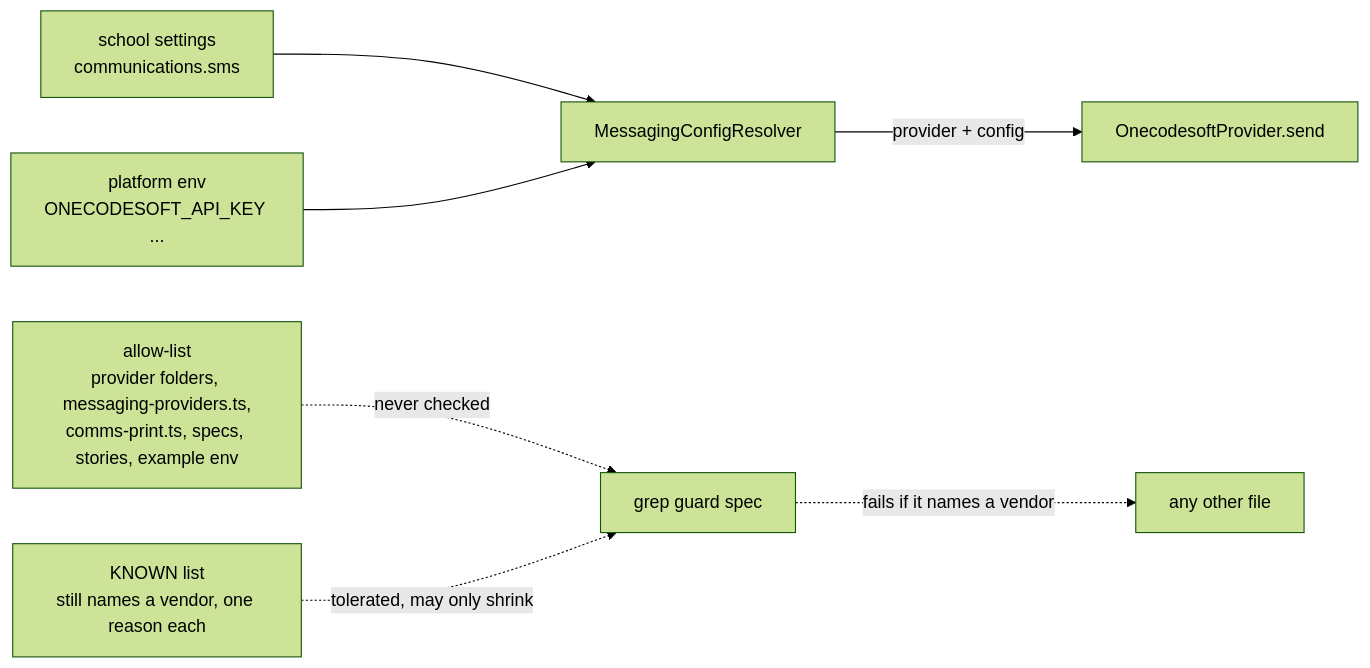
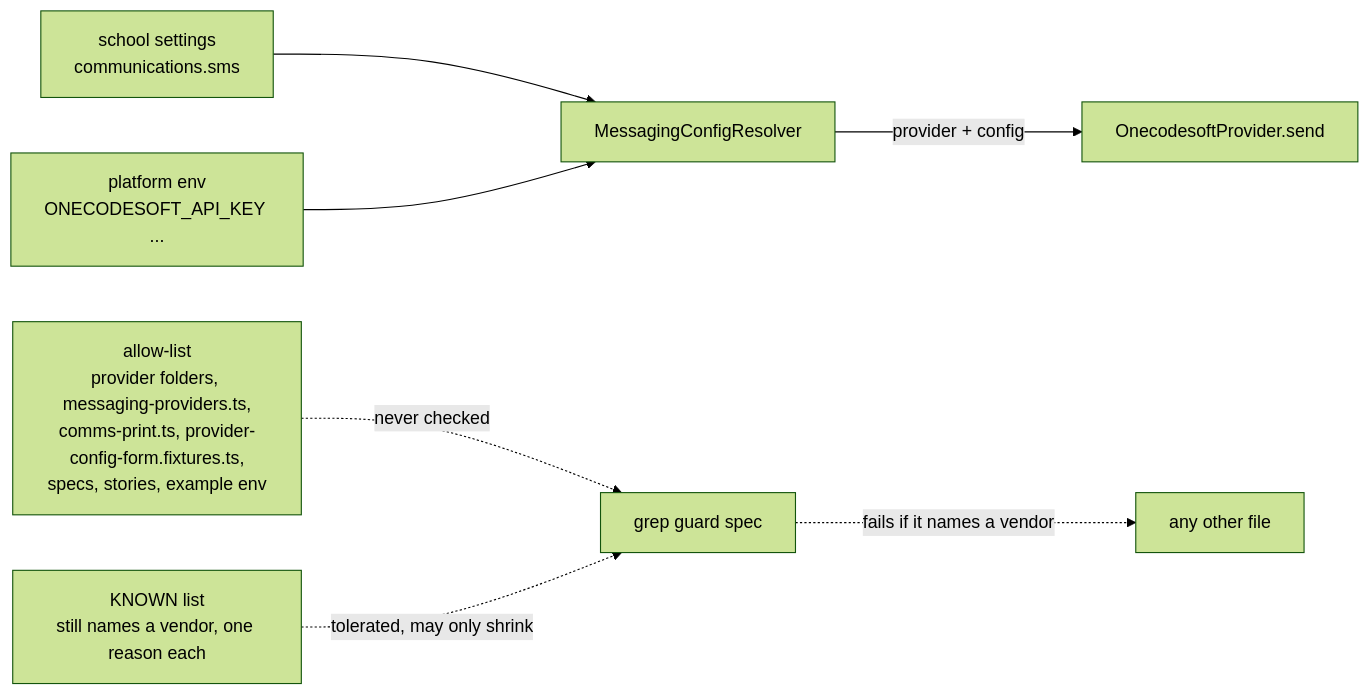
Diagram 12 of 13 in docs/architecture/05-communications.md (tareq89/biddaloy), drawn with Mermaid (forest theme) before and after one commit. The commit also changed other lines of this file and 1 other file, not shown here.

Commit message:
fix(comms): allow-list only the form fixtures file; record the guard and legacy-key fixes (#3303, #3306)
Narrow the name-guard exemption to one ALLOWED_FILES entry instead of
every *.fixtures.ts, and update 05-communications: the diagram allow-list
and two Wave 3 learning lines.

````diff
--- a/docs/architecture/05-communications.md
+++ b/docs/architecture/05-communications.md
@@ -549,9 +549,9 @@
 ```mermaid
 flowchart LR
   T[school settings<br/>communications.sms] --> R[MessagingConfigResolver]
   E[platform env<br/>ONECODESOFT_API_KEY ...] --> R
   R -->|provider + config| P[OnecodesoftProvider.send]
   G[grep guard spec] -.fails if it names a vendor.-> X[any other file]
-  W[allow-list<br/>provider folders, messaging-providers.ts,<br/>comms-print.ts, specs, stories, example env] -.never checked.-> G
+  W[allow-list<br/>provider folders, messaging-providers.ts,<br/>comms-print.ts, provider-config-form.fixtures.ts,<br/>specs, stories, example env] -.never checked.-> G
   K[KNOWN list<br/>still names a vendor, one reason each] -.tolerated, may only shrink.-> G
 ```
````
